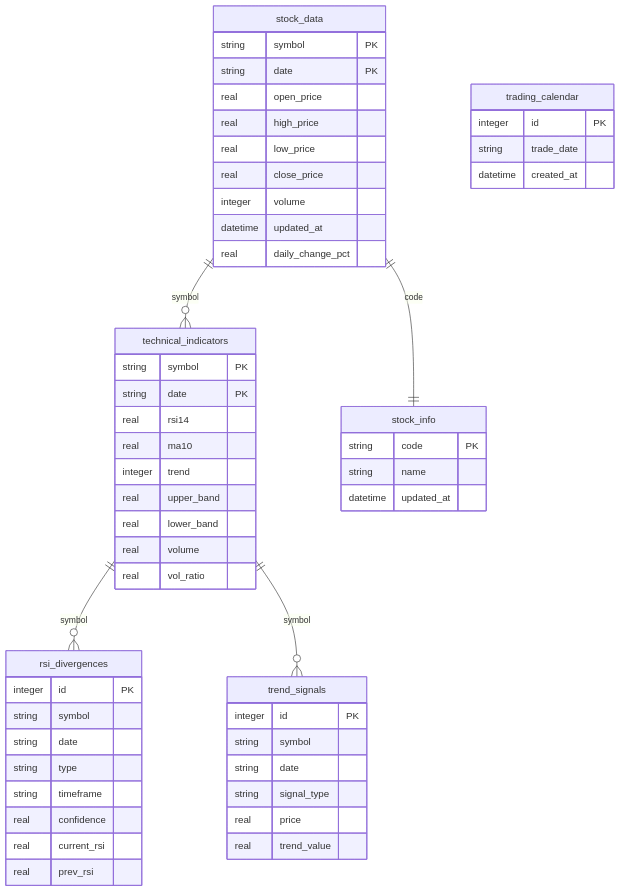
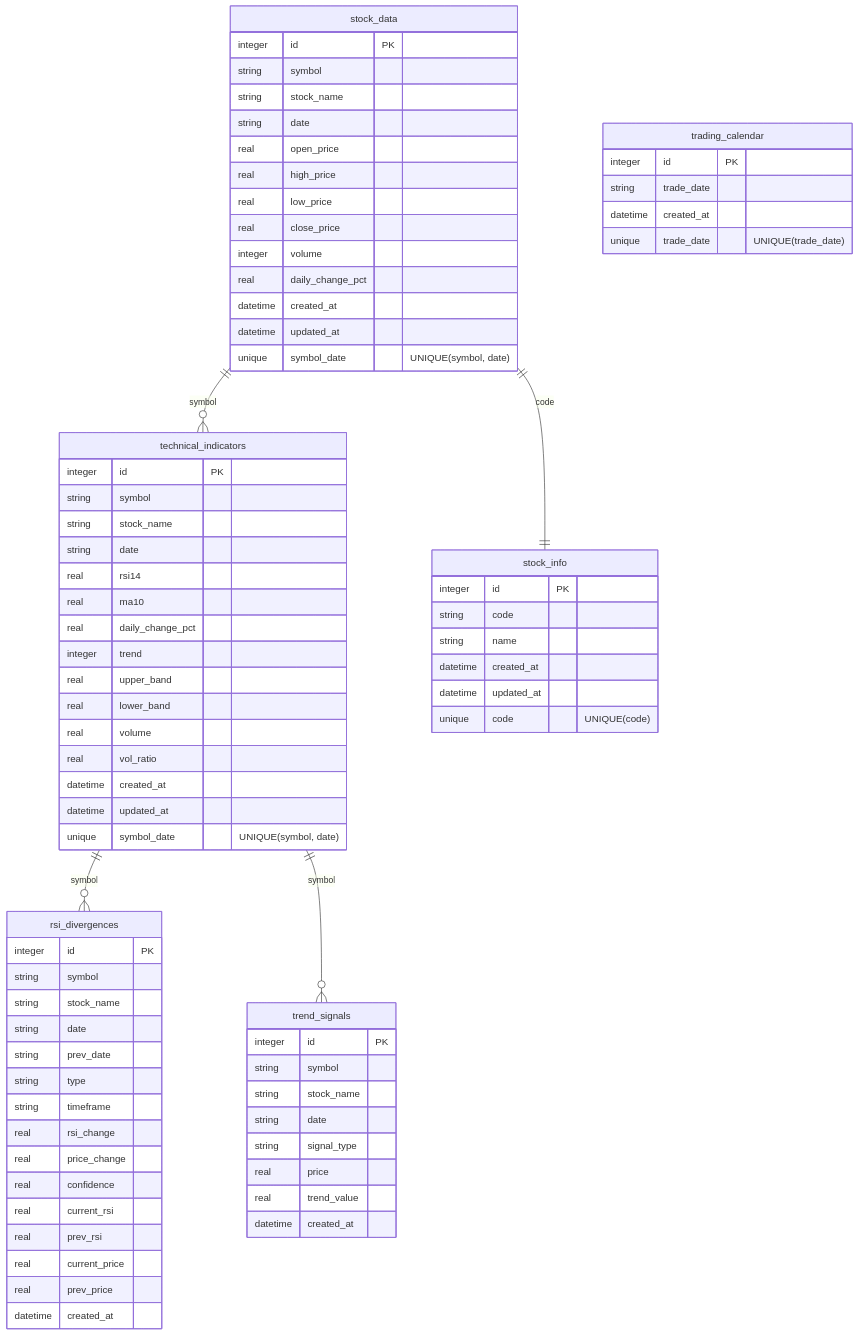
One commit to jerlinn/PulseTrader changed the second of 3 diagrams in Readme.md. Above: the diagram before and after it, drawn with Mermaid. The commit also changed other lines of this file and 4 other files, not shown here.

````diff
--- a/Readme.md
+++ b/Readme.md
@@ -116,58 +116,81 @@
     stock_data ||--|| stock_info : code
     
     stock_data {
-        string symbol PK
-        string date PK
+        integer id PK
+        string symbol
+        string stock_name
+        string date
         real open_price
         real high_price  
         real low_price
         real close_price
         integer volume
+        real daily_change_pct
+        datetime created_at
         datetime updated_at
-        real daily_change_pct
+        unique symbol_date "UNIQUE(symbol, date)"
     }
     
     technical_indicators {
-        string symbol PK
-        string date PK
+        integer id PK
+        string symbol
+        string stock_name
+        string date
         real rsi14
         real ma10
+        real daily_change_pct
         integer trend
         real upper_band
         real lower_band
         real volume
         real vol_ratio
+        datetime created_at
+        datetime updated_at
+        unique symbol_date "UNIQUE(symbol, date)"
     }
     
     rsi_divergences {
         integer id PK
         string symbol
+        string stock_name
         string date
+        string prev_date
         string type
         string timeframe
+        real rsi_change
+        real price_change
         real confidence
         real current_rsi
         real prev_rsi
+        real current_price
+        real prev_price
+        datetime created_at
     }
     
     trend_signals {
         integer id PK
         string symbol
+        string stock_name
         string date
         string signal_type
         real price
         real trend_value
+        datetime created_at
     }
     
     stock_info {
-        string code PK
+        integer id PK
+        string code
         string name
+        datetime created_at
         datetime updated_at
+        unique code "UNIQUE(code)"
     }
     
     trading_calendar {
         integer id PK
         string trade_date
         datetime created_at
+        unique trade_date "UNIQUE(trade_date)"
     }
 ```
````
